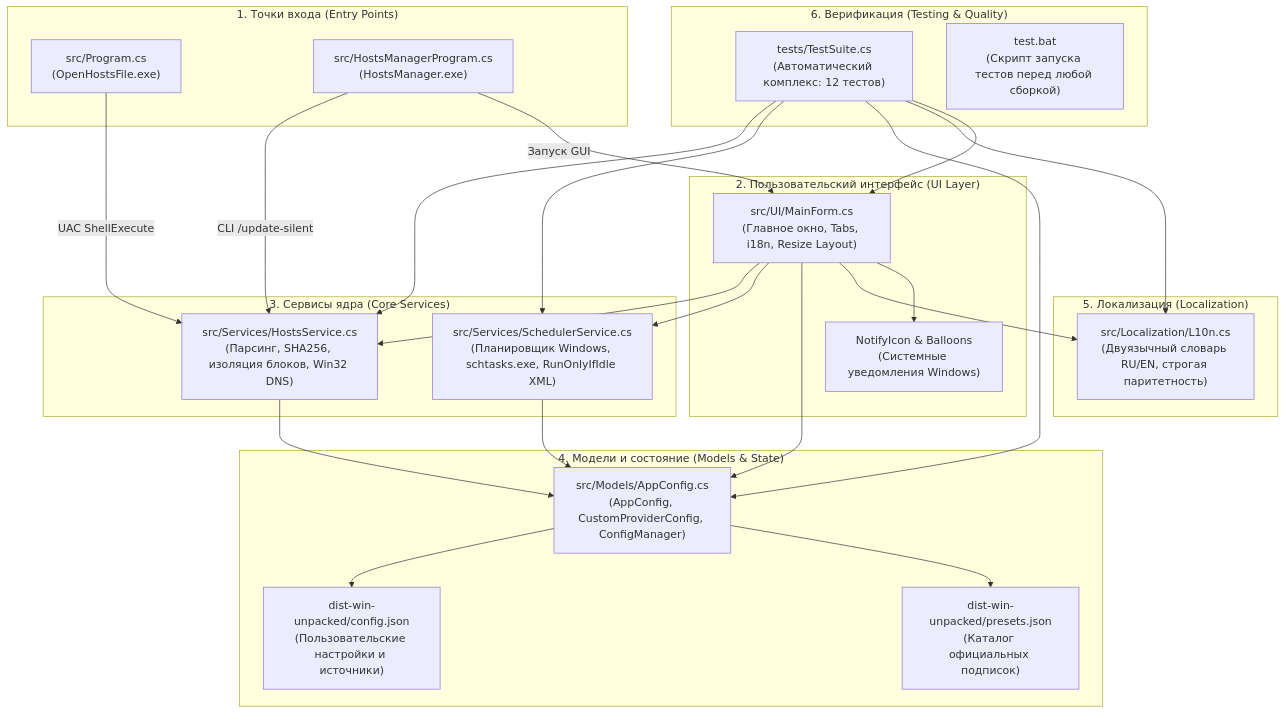
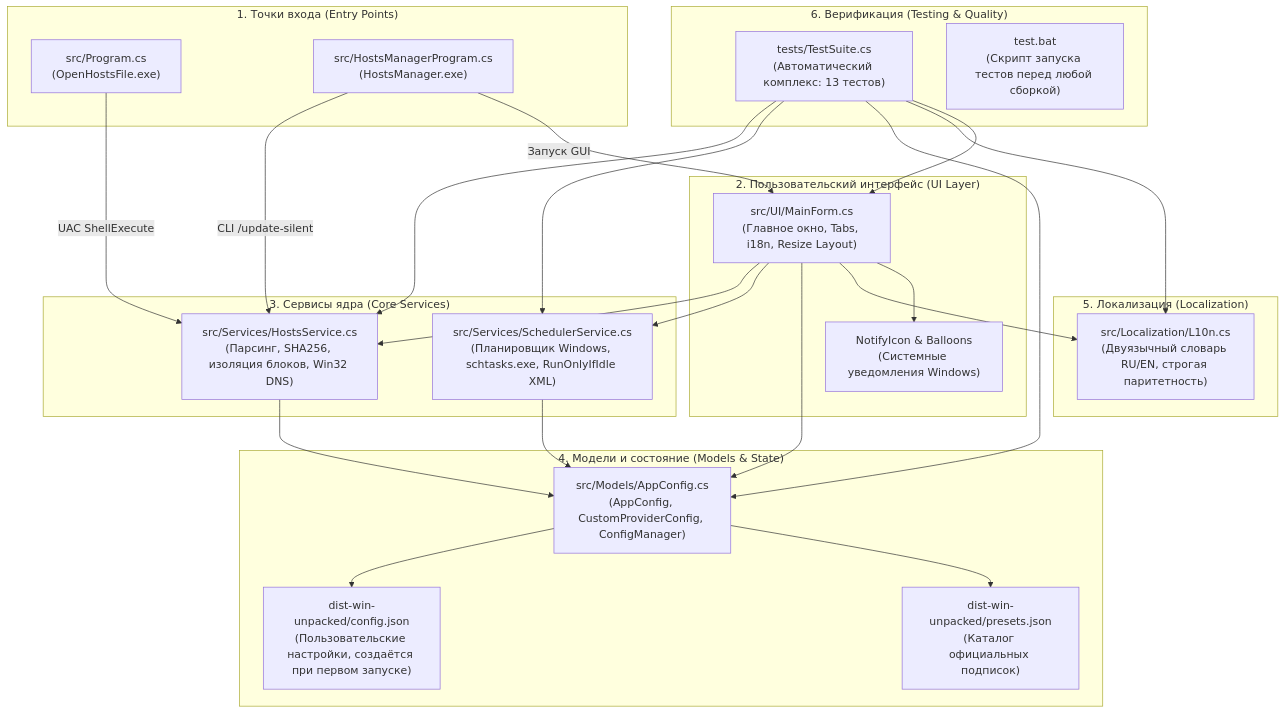
One commit to MaximXR/hosts-file-manager changed the first of 2 diagrams in Project_Map.md. Above: the diagram before and after it, drawn with Mermaid. The commit also changed other lines of this file and 8 other files, not shown here.

Commit message:
release - v1.3.1: untrack user config.json, clean portable archive, sync docs

````diff
--- a/Project_Map.md
+++ b/Project_Map.md
@@ -21,50 +21,50 @@
 ```mermaid
 graph TD
     subgraph EntryPoints ["1. Точки входа (Entry Points)"]
         A1["src/Program.cs<br/>(OpenHostsFile.exe)"]
         A2["src/HostsManagerProgram.cs<br/>(HostsManager.exe)"]
     end
 
     subgraph UILayer ["2. Пользовательский интерфейс (UI Layer)"]
         B1["src/UI/MainForm.cs<br/>(Главное окно, Tabs, i18n, Resize Layout)"]
         B2["NotifyIcon & Balloons<br/>(Системные уведомления Windows)"]
     end
 
     subgraph CoreServices ["3. Сервисы ядра (Core Services)"]
         C1["src/Services/HostsService.cs<br/>(Парсинг, SHA256, изоляция блоков, Win32 DNS)"]
         C2["src/Services/SchedulerService.cs<br/>(Планировщик Windows, schtasks.exe, RunOnlyIfIdle XML)"]
     end
 
     subgraph ModelsState ["4. Модели и состояние (Models & State)"]
         D1["src/Models/AppConfig.cs<br/>(AppConfig, CustomProviderConfig, ConfigManager)"]
-        D2["dist-win-unpacked/config.json<br/>(Пользовательские настройки и источники)"]
+        D2["dist-win-unpacked/config.json<br/>(Пользовательские настройки, создаётся при первом запуске)"]
         D3["dist-win-unpacked/presets.json<br/>(Каталог официальных подписок)"]
     end
 
     subgraph Localization ["5. Локализация (Localization)"]
         E1["src/Localization/L10n.cs<br/>(Двуязычный словарь RU/EN, строгая паритетность)"]
     end
 
     subgraph Testing ["6. Верификация (Testing & Quality)"]
-        F1["tests/TestSuite.cs<br/>(Автоматический комплекс: 12 тестов)"]
+        F1["tests/TestSuite.cs<br/>(Автоматический комплекс: 13 тестов)"]
         F2["test.bat<br/>(Скрипт запуска тестов перед любой сборкой)"]
     end
 
     A1 -->|UAC ShellExecute| C1
     A2 -->|CLI /update-silent| C1
     A2 -->|Запуск GUI| B1
     B1 --> C1
     B1 --> C2
     B1 --> D1
     B1 --> E1
     B1 --> B2
     C1 --> D1
     C2 --> D1
     D1 --> D2
     D1 --> D3
     F1 --> C1
     F1 --> C2
     F1 --> D1
     F1 --> E1
     F1 --> B1
 ```
````
